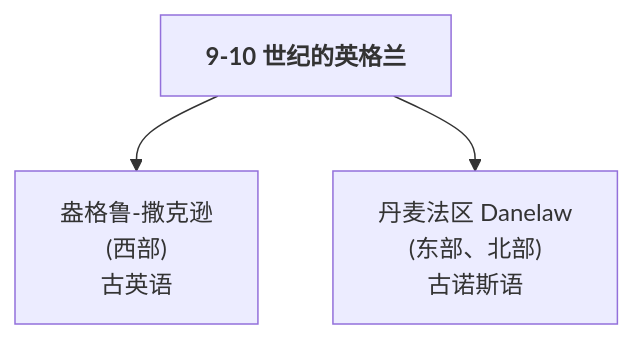
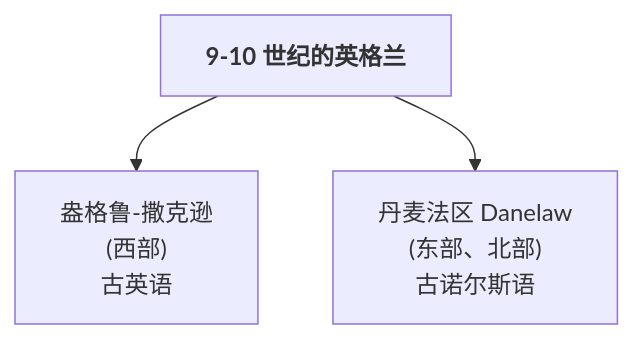
One commit to swiftczz/roots-affixes-book changed the second of 6 diagrams in 04-日耳曼之骨/第21章-维京人留下的词.md. Above: the diagram before and after it, drawn with Mermaid. The commit also changed other lines of this file and 13 other files, not shown here.

````diff
--- a/04-日耳曼之骨/第21章-维京人留下的词.md
+++ b/04-日耳曼之骨/第21章-维京人留下的词.md
@@ -43,8 +43,8 @@
 ```mermaid
 flowchart TD
     ENG["<b>9-10 世纪的英格兰</b>"]
     AS["盎格鲁-撒克逊<br/>(西部)<br/>古英语"]
-    DL["丹麦法区 Danelaw<br/>(东部、北部)<br/>古诺斯语"]
+    DL["丹麦法区 Danelaw<br/>(东部、北部)<br/>古诺尔斯语"]
     ENG --> AS
     ENG --> DL
 ```
````
